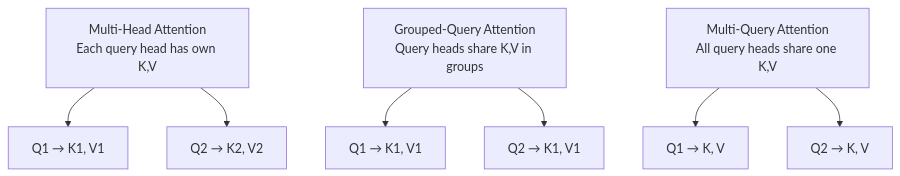
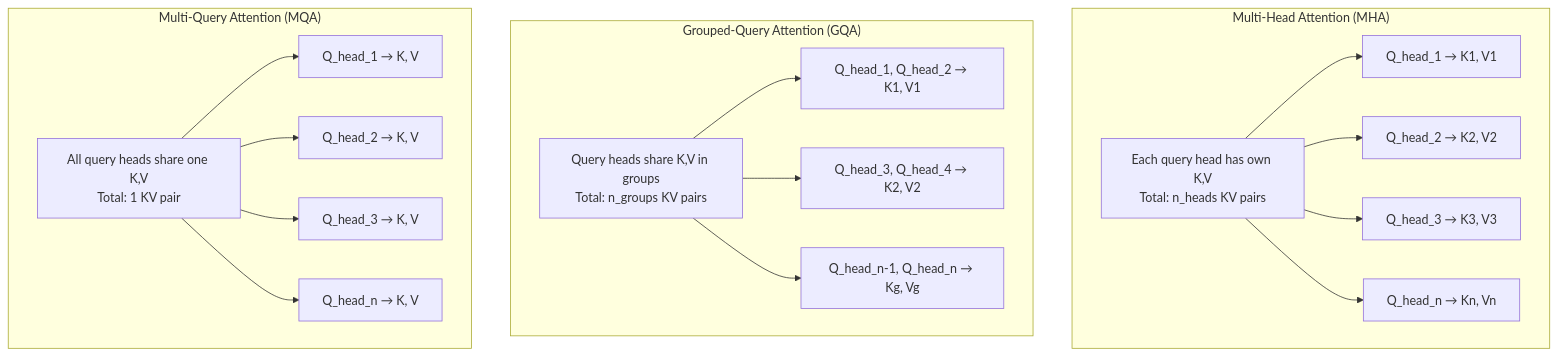
Diagram 17 of 37 in lab0.2/README.md (Shahriarin2garden/vllm_from_scratch), drawn with Mermaid before and after one commit. The commit also changed other lines of this file, not shown here.

Commit message:
Refactor diagrams in README.md for improved clarity and detail

````diff
--- a/lab0.2/README.md
+++ b/lab0.2/README.md
@@ -512,14 +564,25 @@
 ```mermaid
 graph TB
-    MHA["Multi-Head Attention<br/>Each query head has own K,V"]
-    MHA --> MHA1["Q1 → K1, V1"]
-    MHA --> MHA2["Q2 → K2, V2"]
+    subgraph MHA_Diagram["Multi-Head Attention (MHA)"]
+        MHA["Each query head has own K,V<br/>Total: n_heads KV pairs"]
+        MHA --> MHA1["Q_head_1 → K1, V1"]
+        MHA --> MHA2["Q_head_2 → K2, V2"]
+        MHA --> MHA3["Q_head_3 → K3, V3"]
+        MHA --> MHA_N["Q_head_n → Kn, Vn"]
+    end
     
-    GQA["Grouped-Query Attention<br/>Query heads share K,V in groups"]
-    GQA --> GQA1["Q1 → K1, V1"]
-    GQA --> GQA2["Q2 → K1, V1"]
+    subgraph GQA_Diagram["Grouped-Query Attention (GQA)"]
+        GQA["Query heads share K,V in groups<br/>Total: n_groups KV pairs"]
+        GQA --> GQA1["Q_head_1, Q_head_2 → K1, V1"]
+        GQA --> GQA2["Q_head_3, Q_head_4 → K2, V2"]
+        GQA --> GQA_N["Q_head_n-1, Q_head_n → Kg, Vg"]
+    end
     
-    MQA["Multi-Query Attention<br/>All query heads share one K,V"]
-    MQA --> MQA1["Q1 → K, V"]
-    MQA --> MQA2["Q2 → K, V"]
+    subgraph MQA_Diagram["Multi-Query Attention (MQA)"]
+        MQA["All query heads share one K,V<br/>Total: 1 KV pair"]
+        MQA --> MQA1["Q_head_1 → K, V"]
+        MQA --> MQA2["Q_head_2 → K, V"]
+        MQA --> MQA3["Q_head_3 → K, V"]
+        MQA --> MQA_N["Q_head_n → K, V"]
+    end
 ```
````
